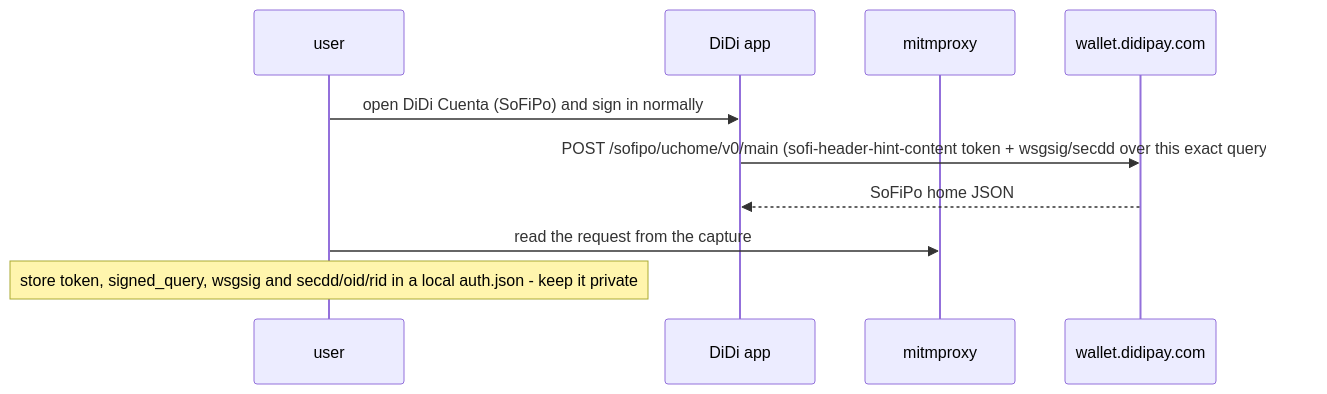
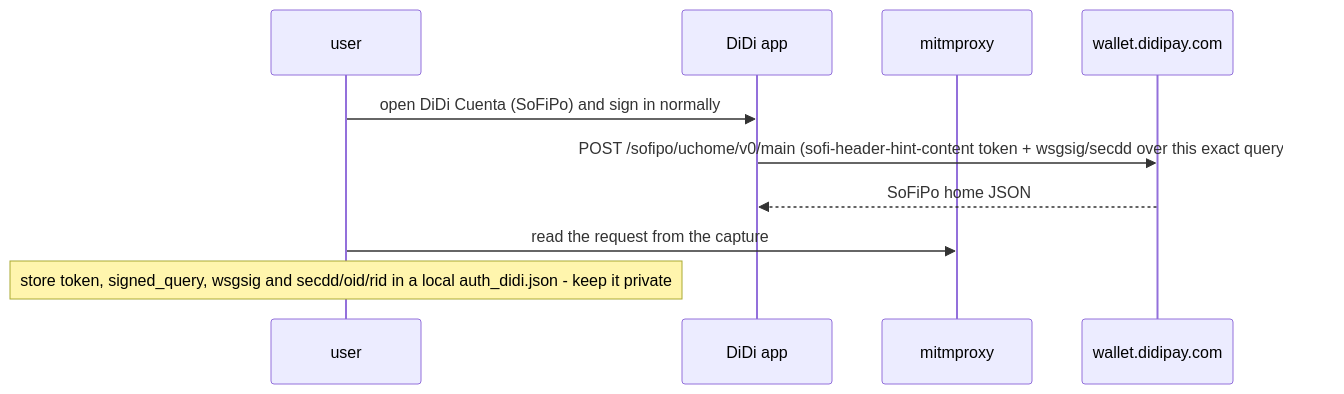
The first of 2 diagrams in docs/flows/didi.md (PaoloReyes/finscraper-mx), drawn with Mermaid before and after one commit. The commit also changed other lines of this file and 23 other files, not shown here.

````diff
--- a/docs/flows/didi.md
+++ b/docs/flows/didi.md
@@ -15,13 +17,13 @@
 ```mermaid
 sequenceDiagram
   participant U as user
   participant A as DiDi app
   participant M as mitmproxy
   participant S as wallet.didipay.com
 
   U->>A: open DiDi Cuenta (SoFiPo) and sign in normally
   A->>S: POST /sofipo/uchome/v0/main (sofi-header-hint-content token + wsgsig/secdd over this exact query+body)
   S-->>A: SoFiPo home JSON
   U->>M: read the request from the capture
-  Note over U: store token, signed_query, wsgsig and secdd/oid/rid in a local auth.json - keep it private
+  Note over U: store token, signed_query, wsgsig and secdd/oid/rid in a local auth_didi.json - keep it private
 ```
````
